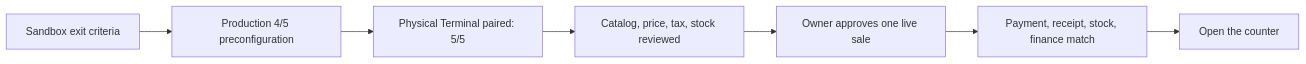
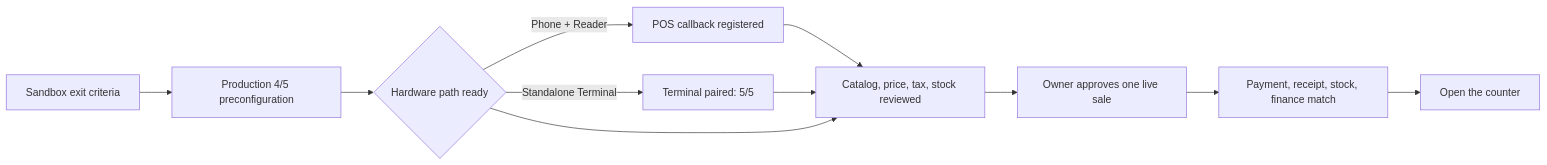
One commit to mad-code333/tuturu changed the first of 2 diagrams in apps/docs/platform/applications/inventory-square-pos/production-launch.mdx. Above: the diagram before and after it, drawn with Mermaid. The commit also changed other lines of this file and 51 other files, not shown here.

````diff
--- a/apps/docs/platform/applications/inventory-square-pos/production-launch.mdx
+++ b/apps/docs/platform/applications/inventory-square-pos/production-launch.mdx
@@ -18,9 +18,13 @@
 ```mermaid
 flowchart LR
   A["Sandbox exit criteria"] --> B["Production 4/5 preconfiguration"]
-  B --> C["Physical Terminal paired: 5/5"]
+  B --> C{"Hardware path ready"}
+  C -->|"Phone + Reader"| C1["POS callback registered"]
+  C -->|"Standalone Terminal"| C2["Terminal paired: 5/5"]
+  C1 --> D["Catalog, price, tax, stock reviewed"]
+  C2 --> D
   C --> D["Catalog, price, tax, stock reviewed"]
   D --> E["Owner approves one live sale"]
   E --> F["Payment, receipt, stock, finance match"]
   F --> G["Open the counter"]
 ```
````
